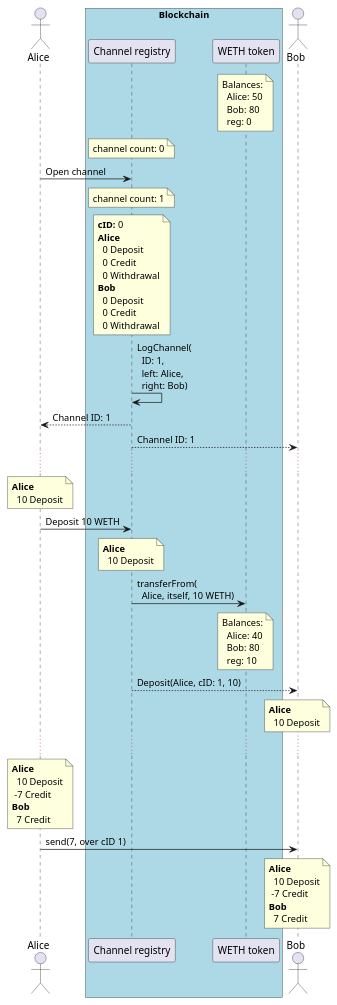
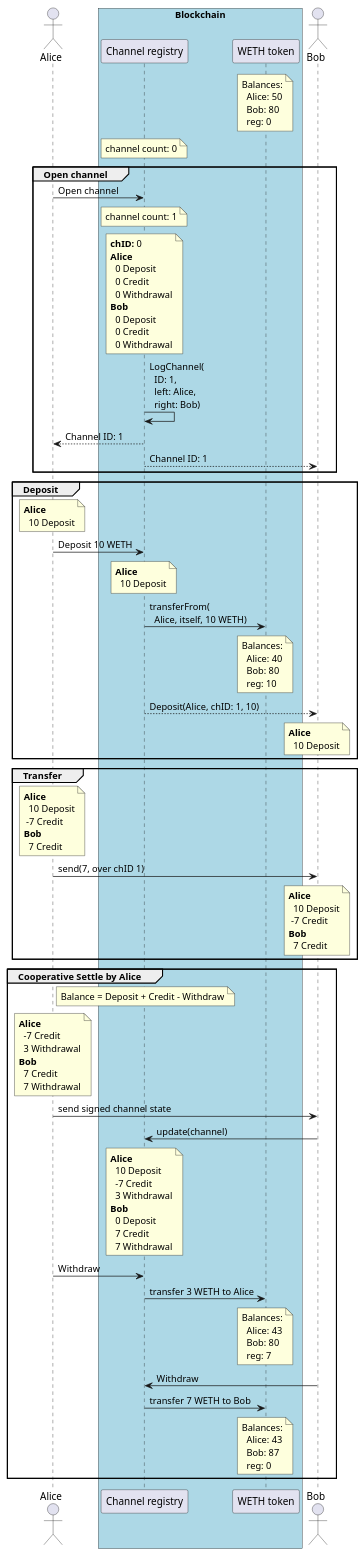
Before and after one commit to enumatech/cljs-abi-viewer: the diagram in src/state_channel/unconditional-payment.puml, drawn with PlantUML. The commit also changed 4 other files, not shown here.

```diff
--- a/src/state_channel/unconditional-payment.puml
+++ b/src/state_channel/unconditional-payment.puml
@@ -1,32 +1,55 @@
 @startuml
 actor Alice as A
 
 box "Blockchain" #lightblue
     participant "Channel registry" as reg
     participant "WETH token" as weth
 end box
 
 actor Bob as B
 
 note over weth: Balances:\n  Alice: 50\n  Bob: 80\n  reg: 0
 note over reg: channel count: 0
-A -> reg: Open channel
-note over reg: channel count: 1
-note over reg: **cID:** 0\n**Alice**\n  0 Deposit\n  0 Credit\n  0 Withdrawal\n**Bob**\n  0 Deposit\n  0 Credit\n  0 Withdrawal
-reg -> reg: LogChannel(\n  ID: 1,\n  left: Alice,\n  right: Bob)
-reg --> A: Channel ID: 1
-reg --> B: Channel ID: 1
-...
-note over A: **Alice**\n  10 Deposit
-A -> reg: Deposit 10 WETH
-note over reg: **Alice**\n  10 Deposit
-reg -> weth: transferFrom(\n  Alice, itself, 10 WETH)
-note over weth: Balances:\n  Alice: 40\n  Bob: 80\n  reg: 10
-reg --> B: Deposit(Alice, cID: 1, 10)
-note over B: **Alice**\n  10 Deposit
-...
-note over A: **Alice**\n  10 Deposit\n -7 Credit\n**Bob**\n  7 Credit
-A -> B: send(7, over cID 1)
-note over B: **Alice**\n  10 Deposit\n -7 Credit\n**Bob**\n  7 Credit
+
+group Open channel
+    A -> reg: Open channel
+    note over reg: channel count: 1
+    note over reg: **chID:** 0\n**Alice**\n  0 Deposit\n  0 Credit\n  0 Withdrawal\n**Bob**\n  0 Deposit\n  0 Credit\n  0 Withdrawal
+    reg -> reg: LogChannel(\n  ID: 1,\n  left: Alice,\n  right: Bob)
+    reg --> A: Channel ID: 1
+    reg --> B: Channel ID: 1
+end
+
+group Deposit
+    note over A: **Alice**\n  10 Deposit
+    A -> reg: Deposit 10 WETH
+    note over reg: **Alice**\n  10 Deposit
+    reg -> weth: transferFrom(\n  Alice, itself, 10 WETH)
+    note over weth: Balances:\n  Alice: 40\n  Bob: 80\n  reg: 10
+    reg --> B: Deposit(Alice, chID: 1, 10)
+    note over B: **Alice**\n  10 Deposit
+end
+
+group Transfer
+    note over A: **Alice**\n  10 Deposit\n -7 Credit\n**Bob**\n  7 Credit
+    A -> B: send(7, over chID 1)
+    note over B: **Alice**\n  10 Deposit\n -7 Credit\n**Bob**\n  7 Credit
+end
+
+group Cooperative Settle by Alice
+    note right A: Balance = Deposit + Credit - Withdraw
+    note over A: **Alice**\n  -7 Credit\n  3 Withdrawal\n**Bob**\n  7 Credit\n  7 Withdrawal
+    A -> B: send signed channel state
+    B -> reg: update(channel)
+    note over reg: **Alice**\n  10 Deposit\n  -7 Credit\n  3 Withdrawal\n**Bob**\n  0 Deposit\n  7 Credit\n  7 Withdrawal
+
+    A -> reg: Withdraw
+    reg -> weth: transfer 3 WETH to Alice
+    note over weth: Balances:\n  Alice: 43\n  Bob: 80\n  reg: 7
+
+    B -> reg: Withdraw
+    reg -> weth: transfer 7 WETH to Bob
+    note over weth: Balances:\n  Alice: 43\n  Bob: 87\n  reg: 0
+end
 
 @enduml
```
